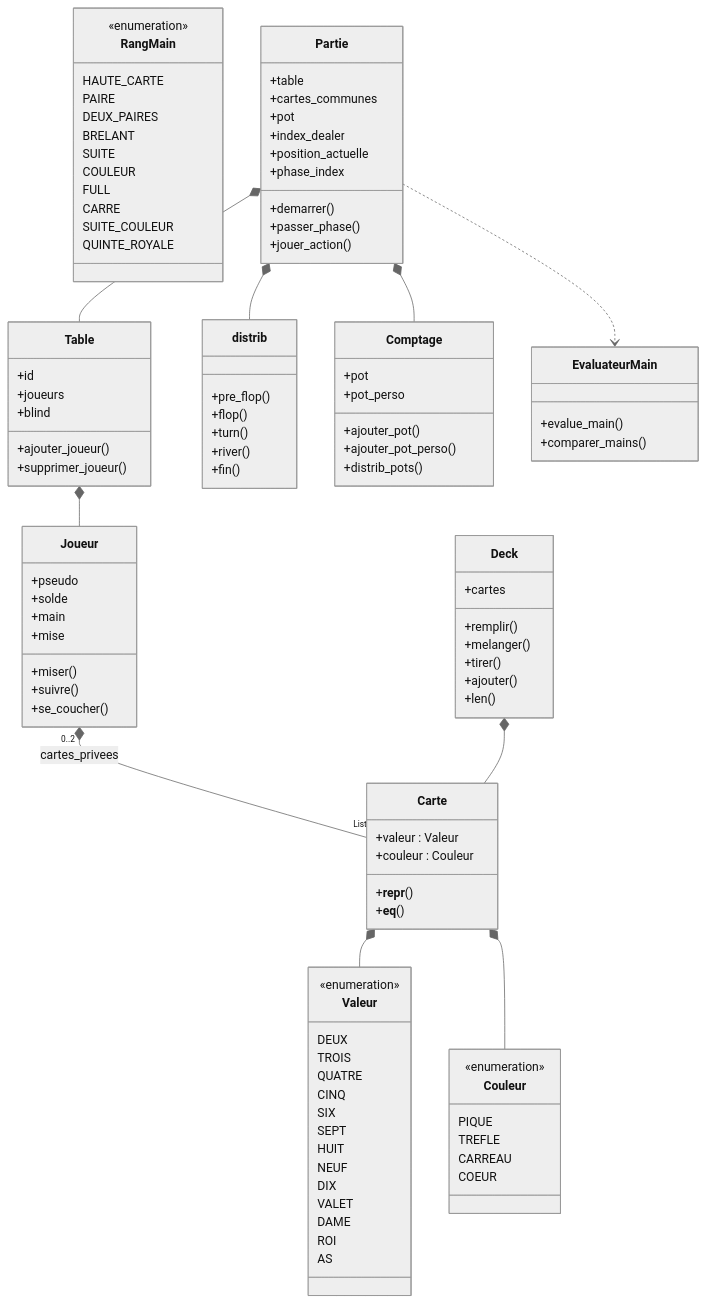
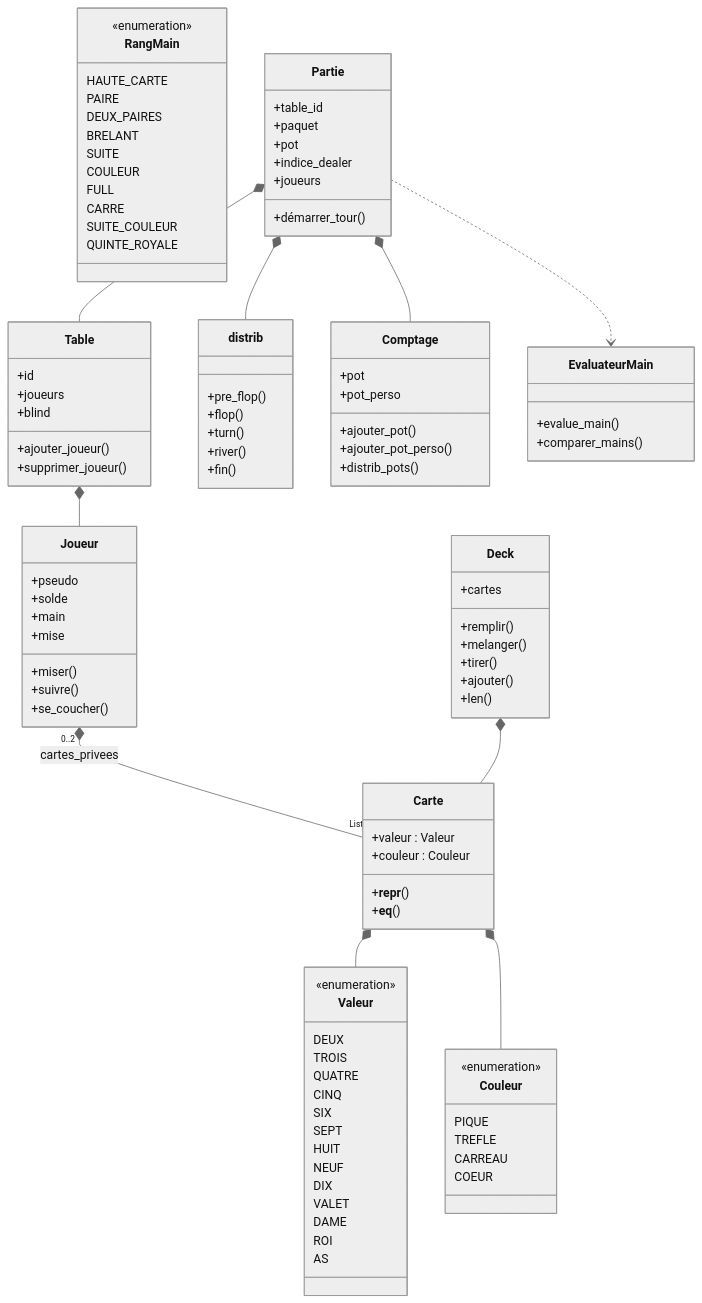
The first of 2 diagrams in doc/diag_classes.md (ArthurD19/ENSAI-2A-projet-info-groupe-9), drawn with Mermaid (neutral theme) before and after one commit.

```diff
--- a/doc/diag_classes.md
+++ b/doc/diag_classes.md
@@ -92,15 +92,12 @@
     }
 
     class Partie {
-        +table
-        +cartes_communes
+        +table_id
+        +paquet
         +pot
-        +index_dealer
-        +position_actuelle
-        +phase_index
-        +demarrer()
-        +passer_phase()
-        +jouer_action()
+        +indice_dealer
+        +joueurs
+        +démarrer_tour()
     }
 
     class distrib {
```
